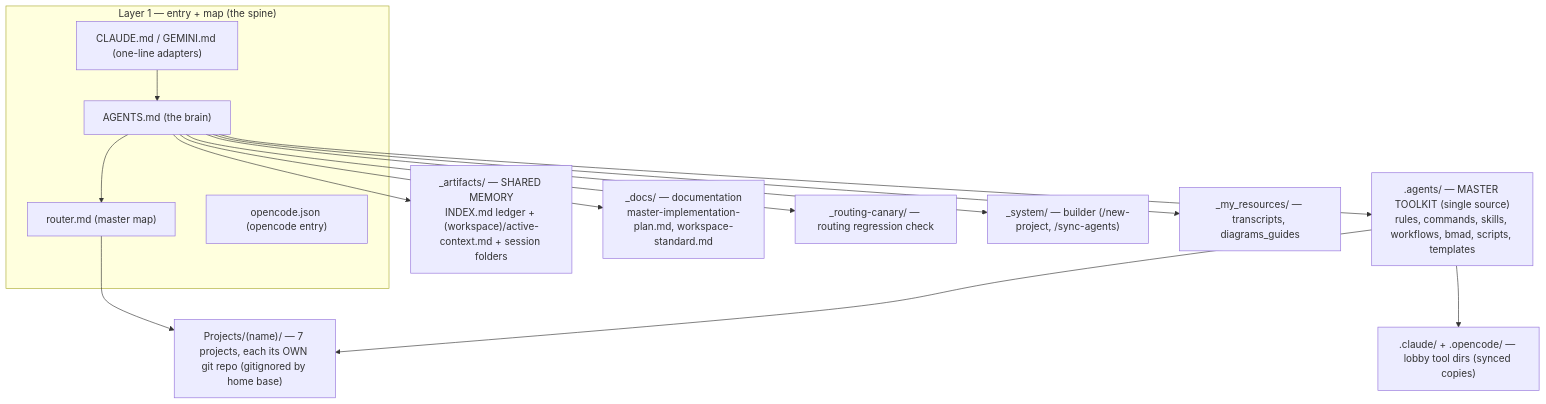
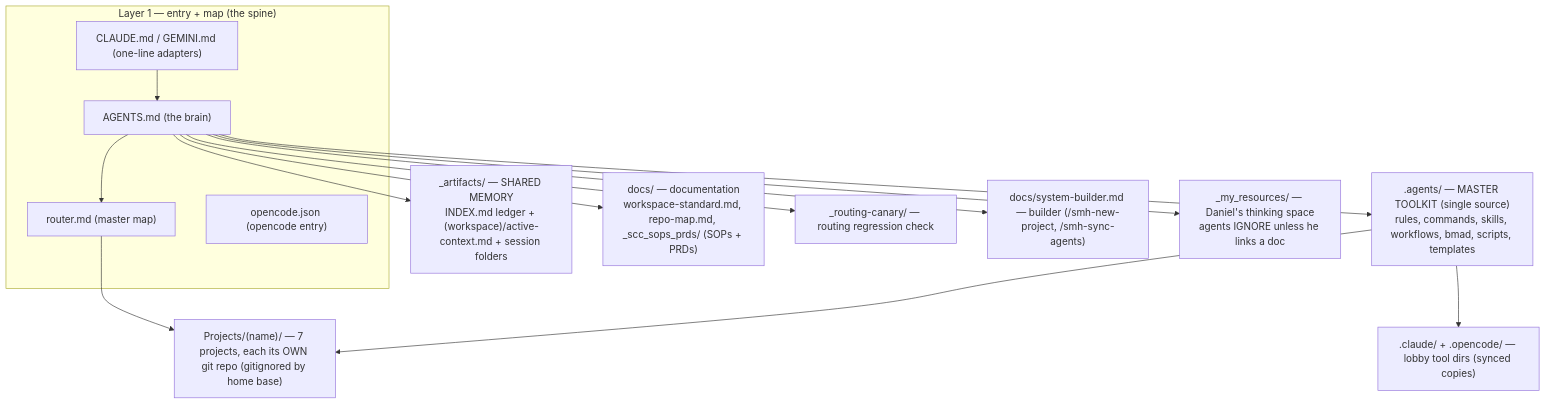
One commit to sudomadhatter/Sudo_Hatter_Command changed the fourth of 7 diagrams in docs/_scc_sops_prds/complete-system-overview.md. Above: the diagram before and after it, drawn with Mermaid. The commit also changed other lines of this file and 42 other files, not shown here.

First line of the commit message:
SCC-74 fix(docs): repoint every reference, refresh stale content, close the _my_resources door

````diff
--- a/docs/_scc_sops_prds/complete-system-overview.md
+++ b/docs/_scc_sops_prds/complete-system-overview.md
@@ -89,29 +95,29 @@
 ```mermaid
 flowchart TD
     subgraph L1F ["Layer 1 — entry + map (the spine)"]
         ADP["CLAUDE.md / GEMINI.md (one-line adapters)"]
         BRAIN["AGENTS.md (the brain)"]
         ROUTER["router.md (master map)"]
         OC["opencode.json (opencode entry)"]
         ADP --> BRAIN
         BRAIN --> ROUTER
     end
     TOOLKIT[".agents/ — MASTER TOOLKIT (single source)\nrules, commands, skills, workflows, bmad, scripts, templates"]
     MEM["_artifacts/ — SHARED MEMORY\nINDEX.md ledger + (workspace)/active-context.md + session folders"]
-    DOCS["_docs/ — documentation\nmaster-implementation-plan.md, workspace-standard.md"]
+    DOCS["docs/ — documentation\nworkspace-standard.md, repo-map.md, _scc_sops_prds/ (SOPs + PRDs)"]
     CANARY["_routing-canary/ — routing regression check"]
-    SYS["_system/ — builder (/new-project, /sync-agents)"]
-    RES["_my_resources/ — transcripts, diagrams_guides"]
+    SYS["docs/system-builder.md — builder (/smh-new-project, /smh-sync-agents)"]
+    RES["_my_resources/ — Daniel's thinking space\nagents IGNORE unless he links a doc"]
     LOBBYTOOLS[".claude/ + .opencode/ — lobby tool dirs (synced copies)"]
     PROJ["Projects/(name)/ — 7 projects, each its OWN git repo (gitignored by home base)"]
 
     BRAIN --> TOOLKIT
     BRAIN --> MEM
     BRAIN --> DOCS
     BRAIN --> CANARY
     BRAIN --> SYS
     BRAIN --> RES
     TOOLKIT --> LOBBYTOOLS
     ROUTER --> PROJ
     TOOLKIT --> PROJ
 ```
````
